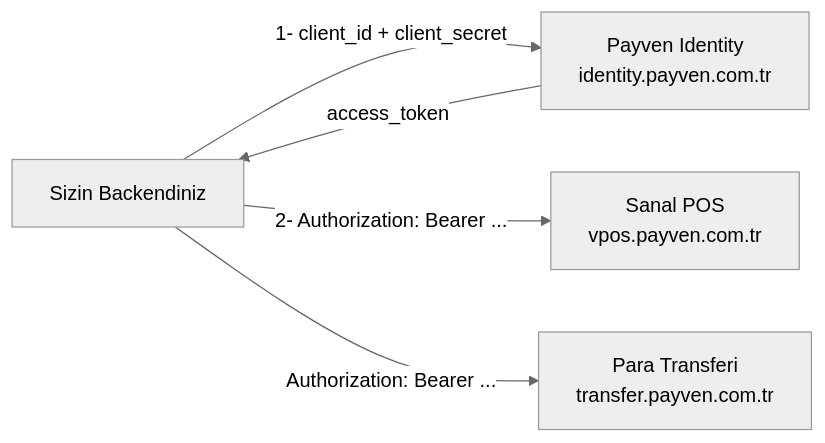
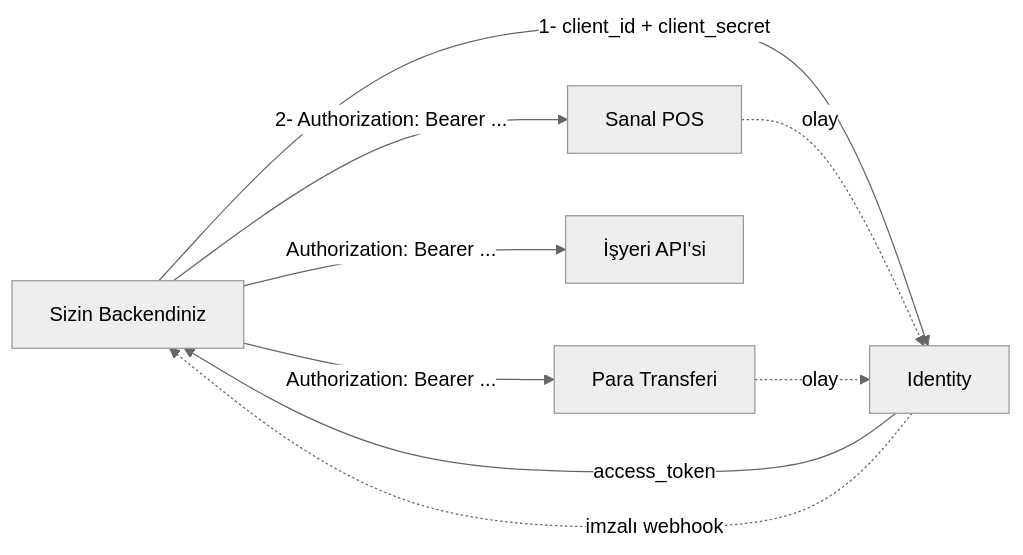
Before and after one commit to payment-pos/mintlify: the first of 3 diagrams in documentation/architecture.mdx, drawn with Mermaid (neutral theme). The commit also changed other lines of this file and 135 other files, not shown here.

Commit message:
docs: dokumantasyon kodla hizalandi - yeni urun bolumleri (fatura odeme, e-fatura, isyeri API, MCP, eklentiler), Sanal POS/Para Transferi/Identity/Fraud yeniden yazim, test modu ve entegratör ifadeleri

````diff
--- a/documentation/architecture.mdx
+++ b/documentation/architecture.mdx
@@ -10,13 +10,18 @@
 ```mermaid
 flowchart LR
     Client["Sizin Backendiniz"]
 
-    Identity["Payven Identity<br/>identity.payven.com.tr"]
-    VPOS["Sanal POS<br/>vpos.payven.com.tr"]
-    Transfer["Para Transferi<br/>transfer.payven.com.tr"]
+    Identity["Identity"]
+    VPOS["Sanal POS"]
+    Transfer["Para Transferi"]
+    Merchant["İşyeri API'si"]
 
     Client -->|"1- client_id + client_secret"| Identity
     Identity -->|"access_token"| Client
     Client -->|"2- Authorization: Bearer ..."| VPOS
     Client -->|"Authorization: Bearer ..."| Transfer
+    Client -->|"Authorization: Bearer ..."| Merchant
+    VPOS -.->|"olay"| Identity
+    Transfer -.->|"olay"| Identity
+    Identity -.->|"imzalı webhook"| Client
 ```
````
